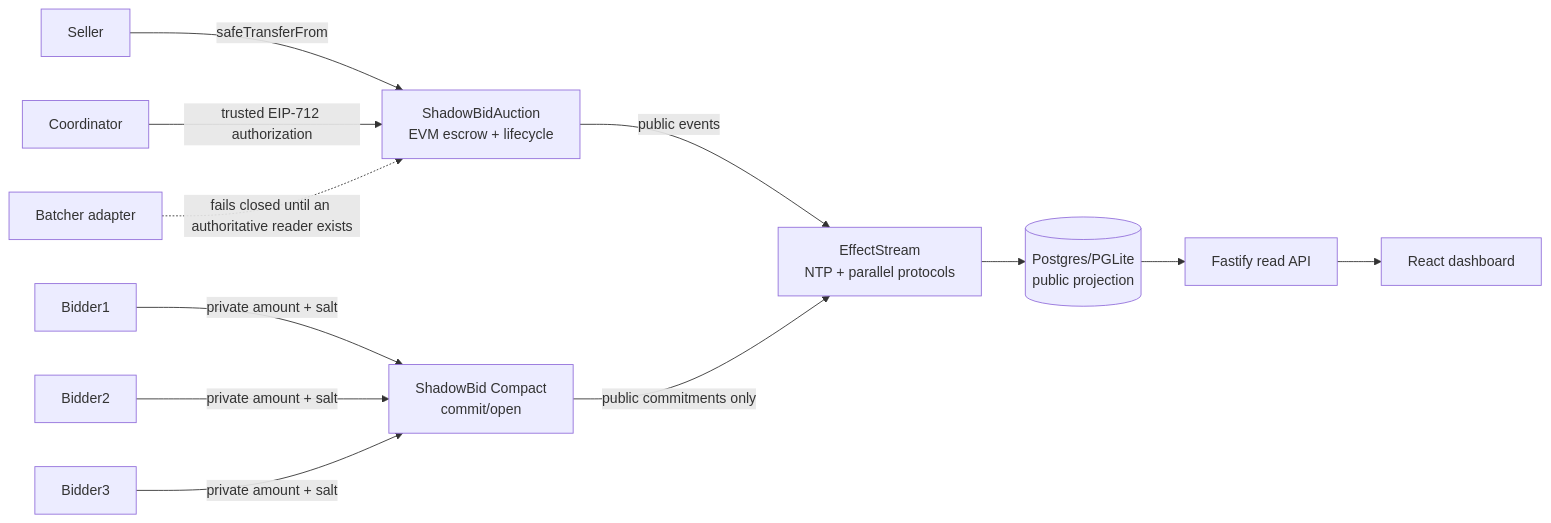
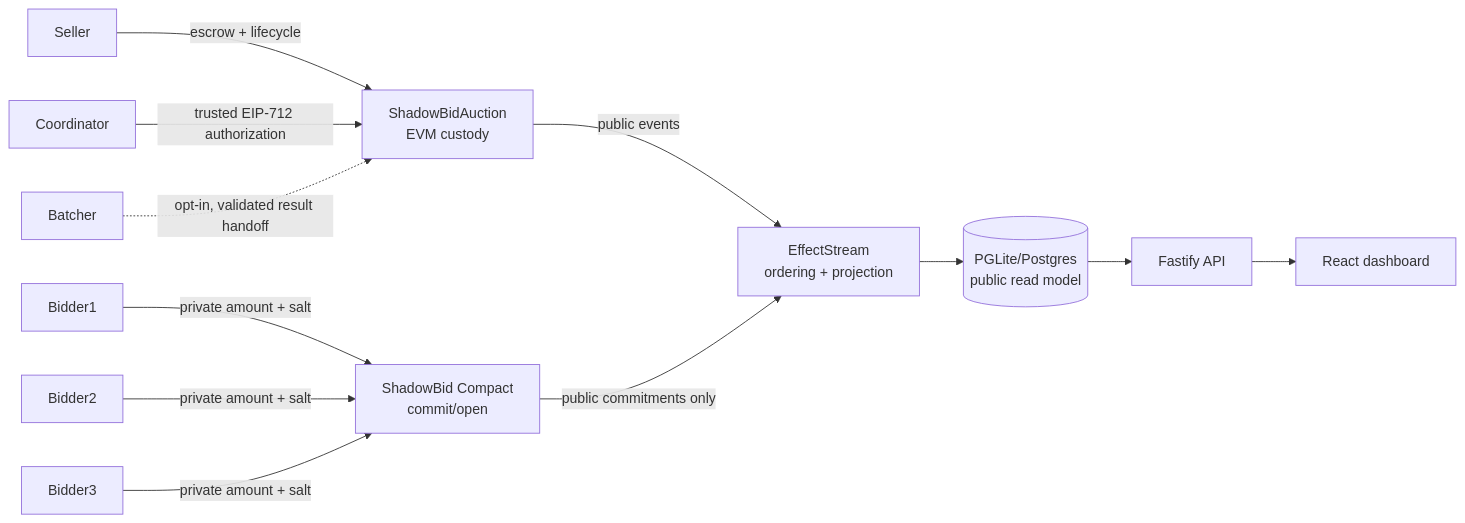
The diagram in templates/evm-midnight-v2/README.md (shivangraval50/shadowbid), drawn with Mermaid before and after one commit. The commit also changed other lines of this file and 29 other files, not shown here.

````diff
--- a/templates/evm-midnight-v2/README.md
+++ b/templates/evm-midnight-v2/README.md
@@ -21,14 +15,14 @@
 ```mermaid
 flowchart LR
-  Seller -->|safeTransferFrom| EVM[ShadowBidAuction\nEVM escrow + lifecycle]
+  Seller -->|escrow + lifecycle| EVM[ShadowBidAuction\nEVM custody]
   Bidder1 -->|private amount + salt| M[ShadowBid Compact\ncommit/open]
   Bidder2 -->|private amount + salt| M
   Bidder3 -->|private amount + salt| M
-  EVM -->|public events| ES[EffectStream\nNTP + parallel protocols]
+  EVM -->|public events| ES[EffectStream\nordering + projection]
   M -->|public commitments only| ES
-  ES --> DB[(Postgres/PGLite\npublic projection)]
-  DB --> API[Fastify read API]
+  ES --> DB[(PGLite/Postgres\npublic read model)]
+  DB --> API[Fastify API]
   API --> UI[React dashboard]
   Coordinator -->|trusted EIP-712 authorization| EVM
-  B[Batcher adapter] -.->|fails closed until an authoritative reader exists| EVM
+  B[Batcher] -.->|opt-in, validated result handoff| EVM
 ```
````
